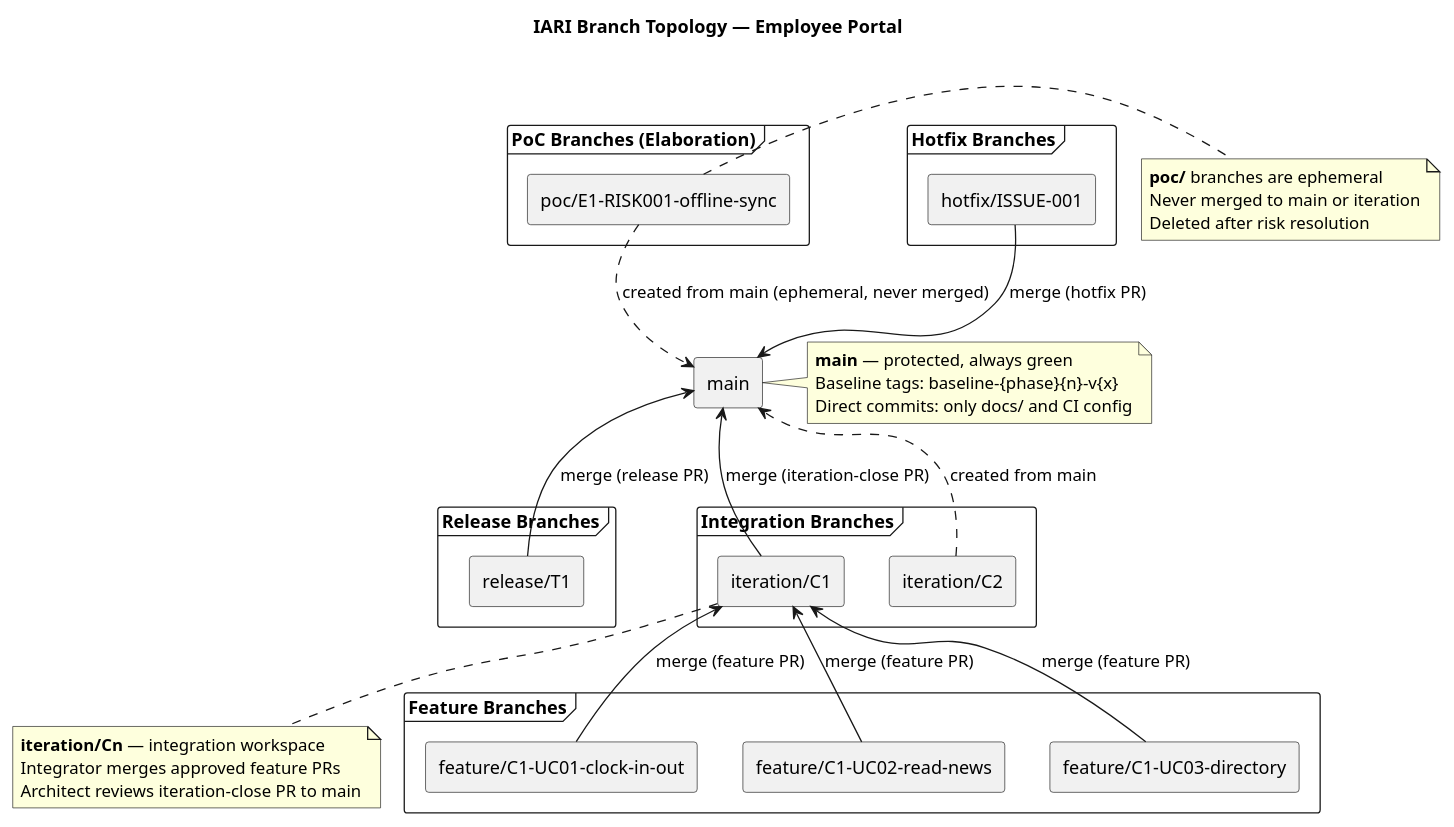
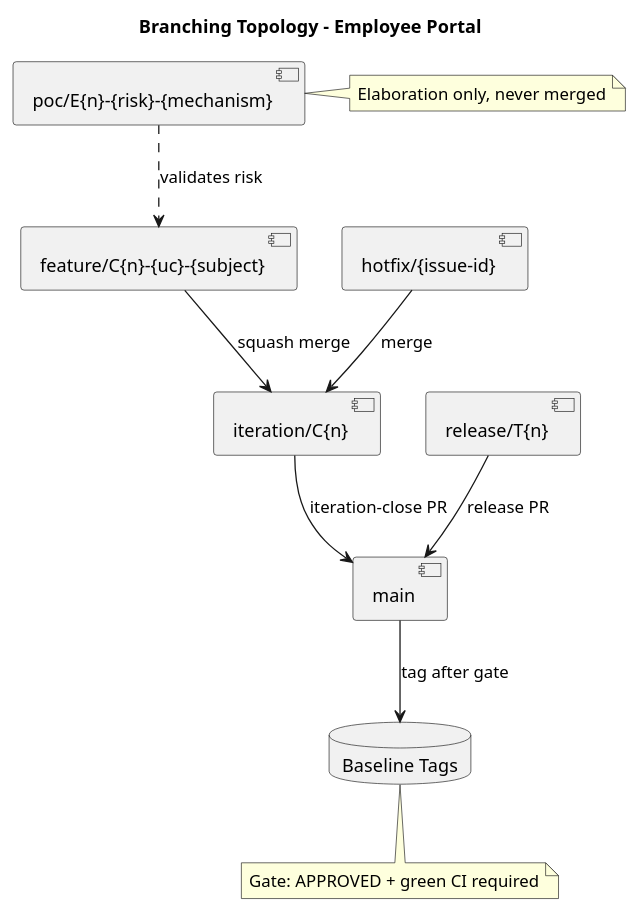
One commit to banense-test/demo-janke-lab changed the first of 2 diagrams in docs/BRANCHING_STRATEGY.md. Above: the diagram before and after it, drawn with PlantUML. The commit also changed other lines of this file, not shown here.

Commit message:
CM: Evolve BRANCHING_STRATEGY.md from Inception to Elaboration — add baseline pedigree state machine, branching topology diagram, Elaboration baseline conventions, and refined CI identification scheme

````diff
--- a/docs/BRANCHING_STRATEGY.md
+++ b/docs/BRANCHING_STRATEGY.md
@@ -63,62 +63,25 @@
 ```plantuml
-@startuml BranchTopology
-title IARI Branch Topology — Employee Portal
+@startuml
 
-skinparam componentStyle rectangle
-skinparam shadowing false
-skinparam packageStyle frame
+title Branching Topology - Employee Portal
 
-package "Release Branches" {
-  [release/T1] as REL_T1
-}
+component "poc/E{n}-{risk}-{mechanism}" as POC
+component "feature/C{n}-{uc}-{subject}" as FEAT
+component "hotfix/{issue-id}" as HOTFIX
+component "iteration/C{n}" as ITER
+component "release/T{n}" as REL
+component "main" as MAIN
+database "Baseline Tags" as TAGS
 
-package "Integration Branches" {
-  [iteration/C1] as ITER_C1
-  [iteration/C2] as ITER_C2
-}
+POC ..> FEAT : validates risk
+FEAT --> ITER : squash merge
+HOTFIX --> ITER : merge
+ITER --> MAIN : iteration-close PR
+REL --> MAIN : release PR
+MAIN --> TAGS : tag after gate
 
-package "Feature Branches" {
-  [feature/C1-UC01-clock-in-out] as FEAT_UC01
-  [feature/C1-UC02-read-news] as FEAT_UC02
-  [feature/C1-UC03-directory] as FEAT_UC03
-}
-
-package "PoC Branches (Elaboration)" {
-  [poc/E1-RISK001-offline-sync] as POC_E1
-}
-
-package "Hotfix Branches" {
-  [hotfix/ISSUE-001] as HOTFIX_001
-}
-
-[main] as MAIN
-
-MAIN <-- ITER_C1 : merge (iteration-close PR)
-MAIN <-- REL_T1 : merge (release PR)
-ITER_C1 <-- FEAT_UC01 : merge (feature PR)
-ITER_C1 <-- FEAT_UC02 : merge (feature PR)
-ITER_C1 <-- FEAT_UC03 : merge (feature PR)
-ITER_C2 ..> MAIN : created from main
-POC_E1 ..> MAIN : created from main (ephemeral, never merged)
-HOTFIX_001 --> MAIN : merge (hotfix PR)
-
-note right of MAIN
-  **main** — protected, always green
-  Baseline tags: baseline-{phase}{n}-v{x}
-  Direct commits: only docs/ and CI config
-end note
-
-note right of POC_E1
-  **poc/** branches are ephemeral
-  Never merged to main or iteration
-  Deleted after risk resolution
-end note
-
-note bottom of ITER_C1
-  **iteration/Cn** — integration workspace
-  Integrator merges approved feature PRs
-  Architect reviews iteration-close PR to main
-end note
+note right of POC: Elaboration only, never merged
+note bottom of TAGS: Gate: APPROVED + green CI required
 
 @enduml
 ```
````
